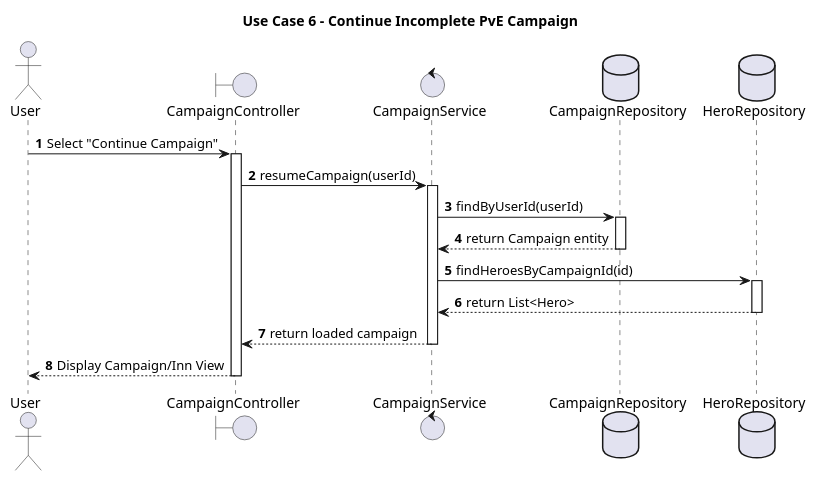
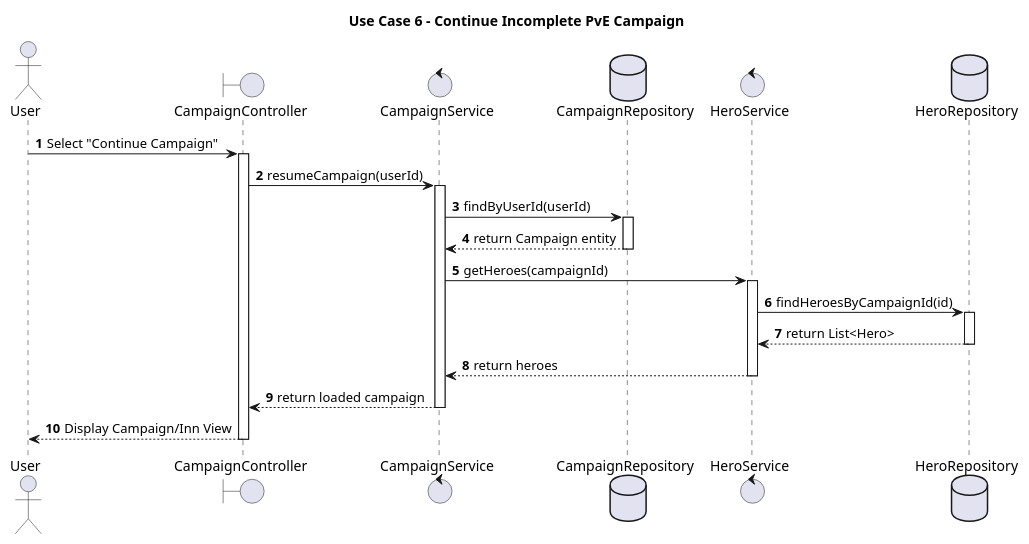
Before and after one commit to MohammedPatel-yorku/LegendsOfSwordAndWand: the diagram in Sequence Diagrams/Use Case 6_Resume Campaign.puml, drawn with PlantUML. The commit also changed 13 other files, not shown here.

Commit message:
Diagrams Updated

```diff
--- a/Sequence Diagrams/Use Case 6_Resume Campaign.puml
+++ b/Sequence Diagrams/Use Case 6_Resume Campaign.puml
@@ -1,34 +1,39 @@
 @startuml
 title Use Case 6 - Continue Incomplete PvE Campaign
 
 autonumber
 
 actor User
 boundary CampaignController
 control CampaignService
 database CampaignRepository
+control HeroService
 database HeroRepository
 
 User -> CampaignController : Select "Continue Campaign"
 activate CampaignController
 
 CampaignController -> CampaignService : resumeCampaign(userId)
 activate CampaignService
 
 CampaignService -> CampaignRepository : findByUserId(userId)
 activate CampaignRepository
 CampaignRepository --> CampaignService : return Campaign entity
 deactivate CampaignRepository
 
-CampaignService -> HeroRepository : findHeroesByCampaignId(id)
+CampaignService -> HeroService: getHeroes(campaignId)
+activate HeroService
+HeroService -> HeroRepository : findHeroesByCampaignId(id)
 activate HeroRepository
-HeroRepository --> CampaignService : return List<Hero>
+HeroRepository --> HeroService : return List<Hero>
 deactivate HeroRepository
+HeroService --> CampaignService: return heroes
+deactivate HeroService
 
 CampaignService --> CampaignController : return loaded campaign
 deactivate CampaignService
 
 CampaignController --> User : Display Campaign/Inn View
 deactivate CampaignController
 
 @enduml
```
